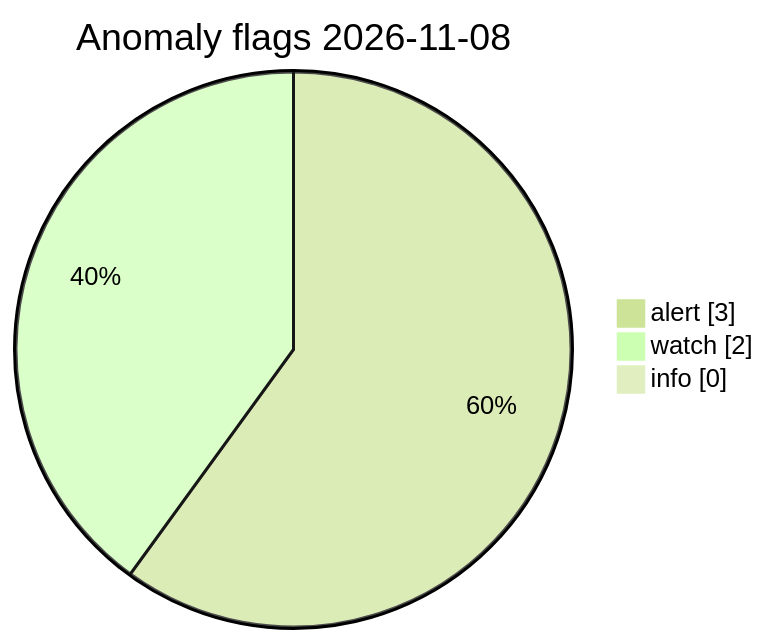
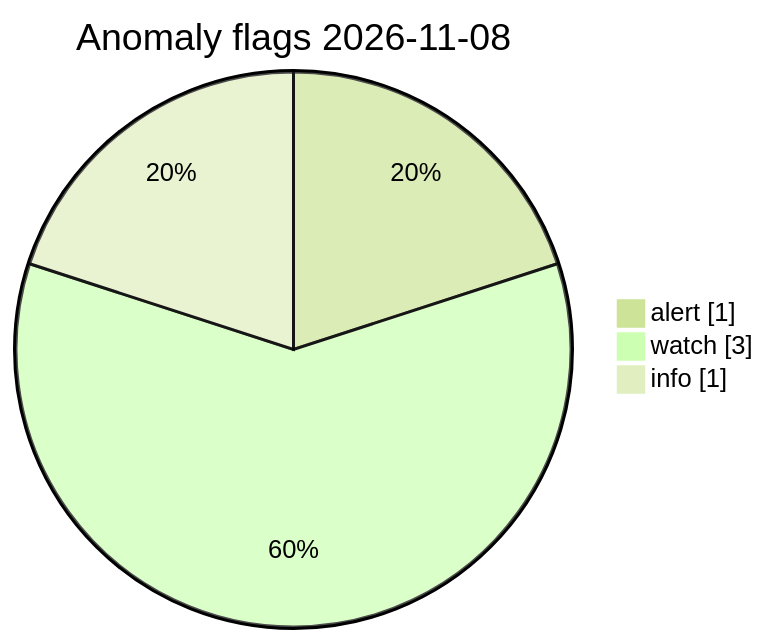
The diagram in visuals/latest/CHARTS.md (Midwest-Stratospheric/Unified-Open-Global-Weather), drawn with Mermaid (forest theme) before and after one commit. The commit also changed other lines of this file and 11 other files, not shown here.

Commit message:
data(visuals): automated charts 2026-11-08T16:09Z

````diff
--- a/visuals/latest/CHARTS.md
+++ b/visuals/latest/CHARTS.md
@@ -73,7 +73,7 @@
 ```mermaid
 pie showData
   title Anomaly flags 2026-11-08
-  "alert" : 3
-  "watch" : 2
-  "info" : 0
+  "alert" : 1
+  "watch" : 3
+  "info" : 1
 ```
````
